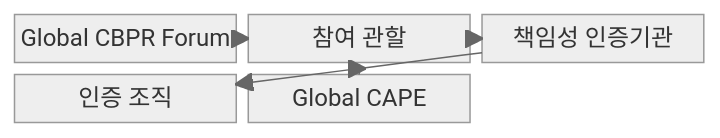
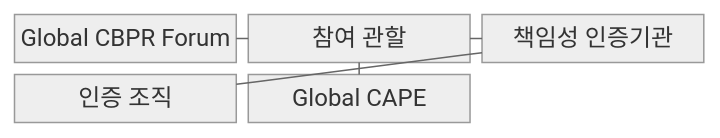
The first of 2 diagrams in src/content/docs/notes/05-security/102_cbpr_cross_border_privacy_rules.md (agnusdei1207/knowledge-base), drawn with Mermaid (neutral theme) before and after one commit. The commit also changed other lines of this file and 493 other files, not shown here.

````diff
--- a/src/content/docs/notes/05-security/102_cbpr_cross_border_privacy_rules.md
+++ b/src/content/docs/notes/05-security/102_cbpr_cross_border_privacy_rules.md
@@ -63,13 +63,13 @@
 ```mermaid
-block
+block-beta
   columns 3
   F["Global CBPR Forum"]
   J["참여 관할"]
   A["책임성 인증기관"]
   O["인증 조직"]
   C["Global CAPE"]
-  F --> J
-  J --> A
-  A --> O
-  C --> J
+  F --- J
+  J --- A
+  A --- O
+  C --- J
 ```
````
